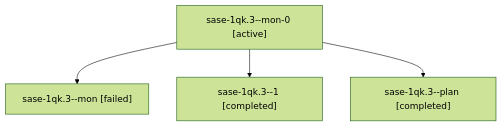
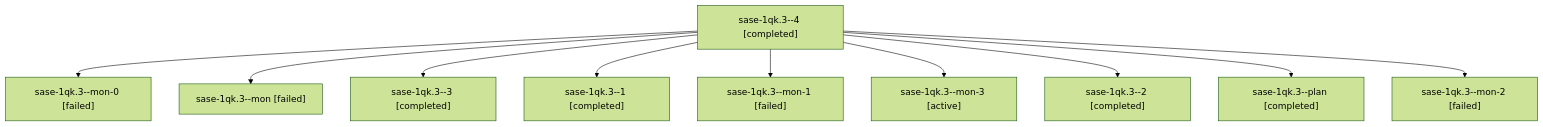
Before and after one commit to sase-org/sase--agents: the diagram in sessions/bbugyi200.athena.sase-1qk.3.md, drawn with Mermaid (forest theme). The commit also changed other lines of this file and 102 other files, not shown here.

````diff
--- a/sessions/bbugyi200.athena.sase-1qk.3.md
+++ b/sessions/bbugyi200.athena.sase-1qk.3.md
@@ -9,10 +9,22 @@
 ```mermaid
 flowchart TD
-  n0["sase-1qk.3--mon-0 [active]"]
-  n1["sase-1qk.3--mon [failed]"]
+  n0["sase-1qk.3--4 [completed]"]
+  n1["sase-1qk.3--mon-0 [failed]"]
   n0 --> n1
-  n2["sase-1qk.3--1 [completed]"]
+  n2["sase-1qk.3--mon [failed]"]
   n0 --> n2
-  n3["sase-1qk.3--plan [completed]"]
+  n3["sase-1qk.3--3 [completed]"]
   n0 --> n3
+  n4["sase-1qk.3--1 [completed]"]
+  n0 --> n4
+  n5["sase-1qk.3--mon-1 [failed]"]
+  n0 --> n5
+  n6["sase-1qk.3--mon-3 [active]"]
+  n0 --> n6
+  n7["sase-1qk.3--2 [completed]"]
+  n0 --> n7
+  n8["sase-1qk.3--plan [completed]"]
+  n0 --> n8
+  n9["sase-1qk.3--mon-2 [failed]"]
+  n0 --> n9
 ```
````
